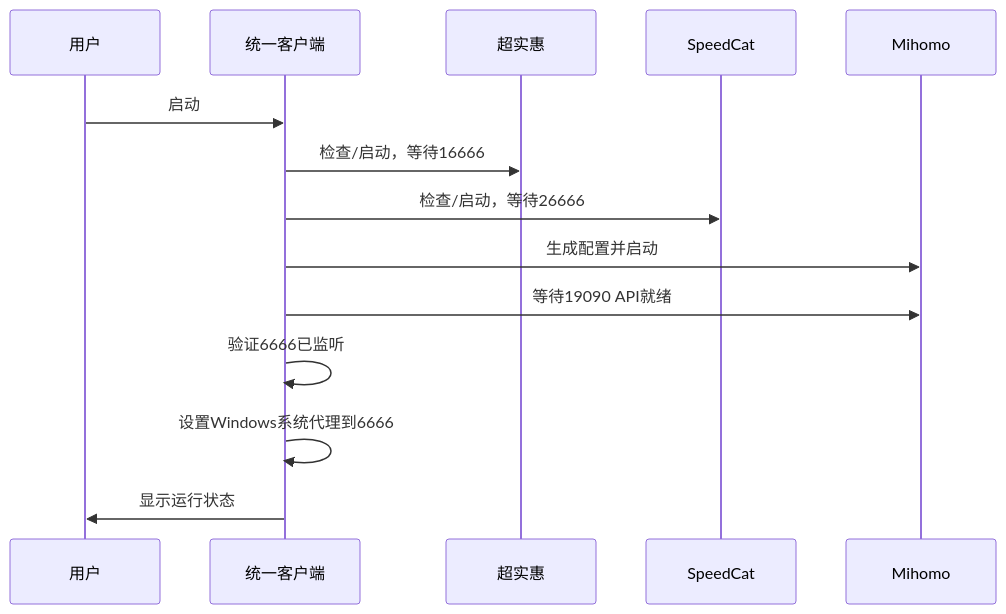
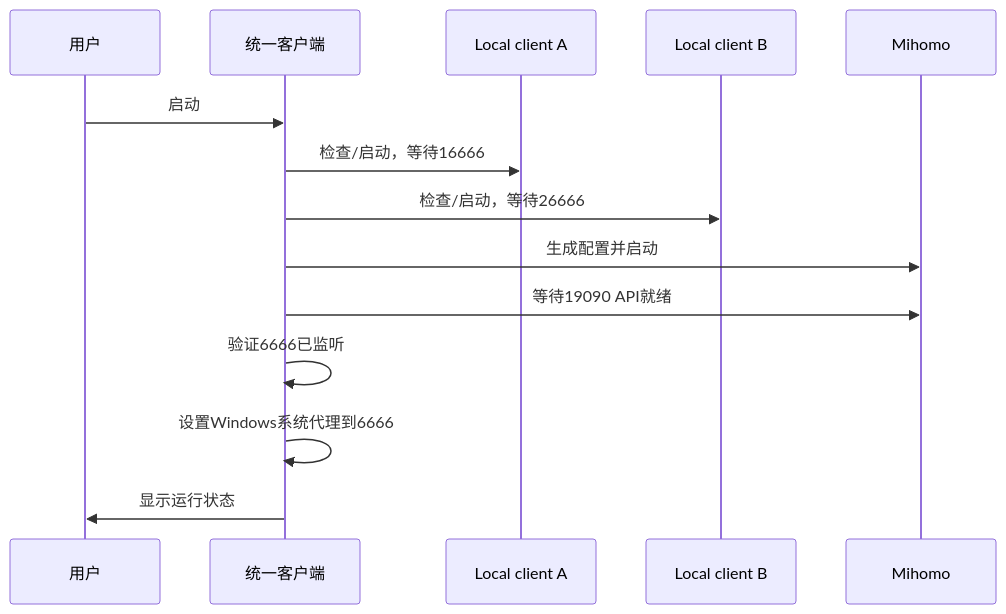
The third of 3 diagrams in docs/design.md (coconilu/vpn-hub), drawn with Mermaid before and after one commit. The commit also changed other lines of this file and 19 other files, not shown here.

Commit message:
Use generic local client naming

````diff
--- a/docs/design.md
+++ b/docs/design.md
@@ -410,17 +410,17 @@
 ```mermaid
 sequenceDiagram
     participant U as 用户
     participant App as 统一客户端
-    participant B as 超实惠
-    participant C as SpeedCat
+    participant B as Local client A
+    participant C as Local client B
     participant M as Mihomo
 
     U->>App: 启动
     App->>B: 检查/启动，等待16666
     App->>C: 检查/启动，等待26666
     App->>M: 生成配置并启动
     App->>M: 等待19090 API就绪
     App->>App: 验证6666已监听
     App->>App: 设置Windows系统代理到6666
     App->>U: 显示运行状态
 ```
````
